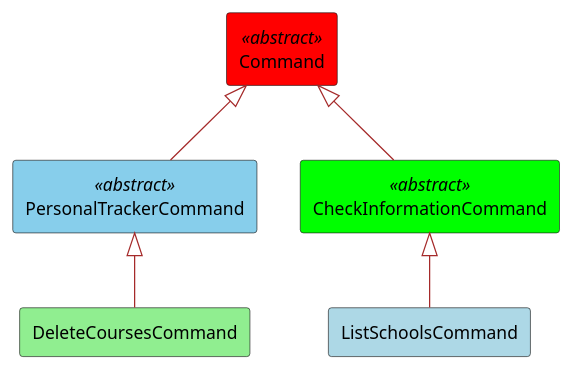
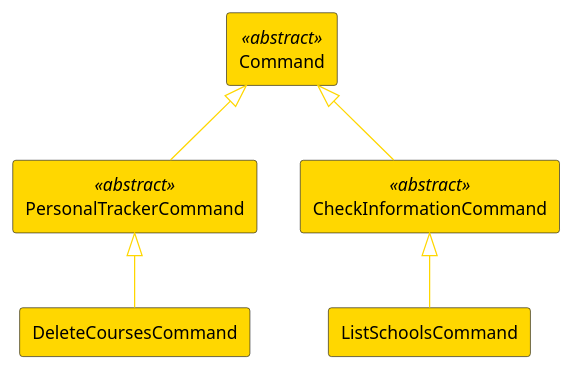
Before and after one commit to nus-cs2113-AY2425S1/tp: the diagram in uml-diagrams/MiniCommandClass.puml, drawn with PlantUML. The commit also changed 2 other files, not shown here.

Commit message:
Adjust colouring of the diagram

```diff
--- a/uml-diagrams/MiniCommandClass.puml
+++ b/uml-diagrams/MiniCommandClass.puml
@@ -1,17 +1,17 @@
 @startuml
 
 skinparam componentStyle rectangle
 
-component PersonalTrackerCommand <<abstract>> #skyblue
-component CheckInformationCommand <<abstract>> #lime
-component ListSchoolsCommand #lightblue
-component DeleteCoursesCommand #lightgreen
-component Command <<abstract>> #red
+component PersonalTrackerCommand <<abstract>> #gold
+component CheckInformationCommand <<abstract>> #gold
+component ListSchoolsCommand #gold
+component DeleteCoursesCommand #gold
+component Command <<abstract>> #gold
 
-PersonalTrackerCommand -up[#brown]-|> Command
-CheckInformationCommand -up[#brown]-|> Command
+PersonalTrackerCommand -up[#gold]-|> Command
+CheckInformationCommand -up[#gold]-|> Command
 
-ListSchoolsCommand -up[#brown]-|> CheckInformationCommand
-DeleteCoursesCommand -up[#brown]-|> PersonalTrackerCommand
+ListSchoolsCommand -up[#gold]-|> CheckInformationCommand
+DeleteCoursesCommand -up[#gold]-|> PersonalTrackerCommand
 
 @enduml
```
